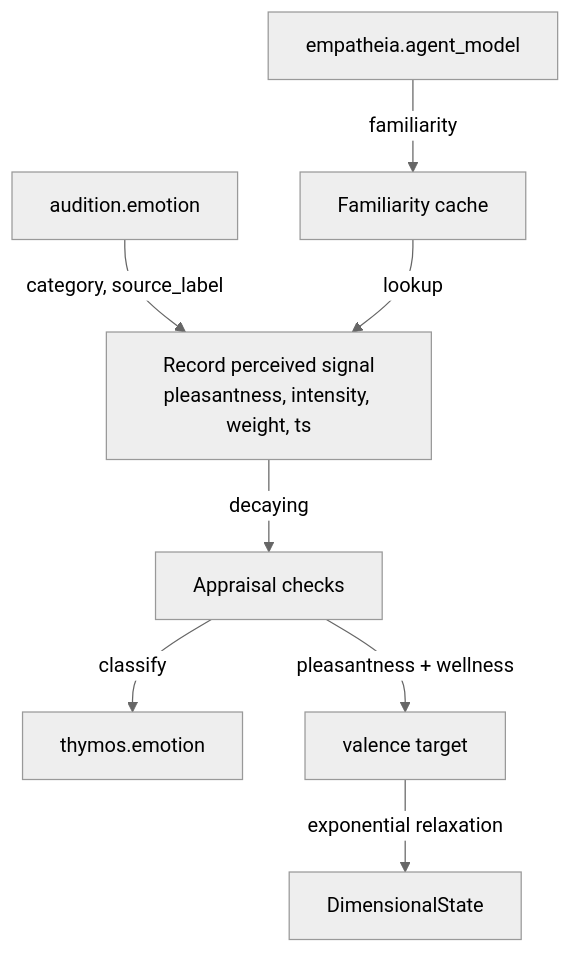
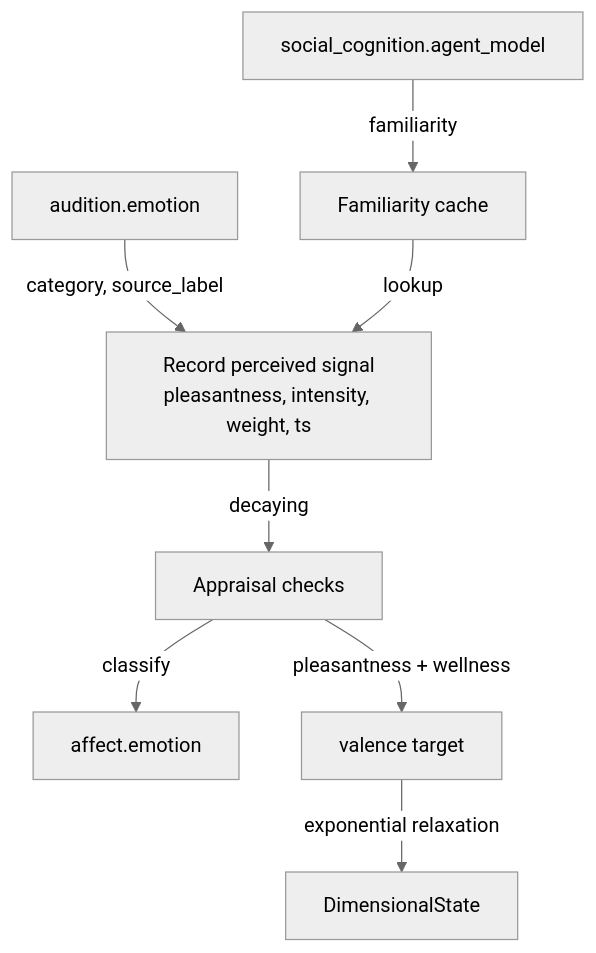
Before and after one commit to kaineone/kaine: the diagram in docs/09-modules/affect.md, drawn with Mermaid (neutral theme). The commit also changed other lines of this file and 967 other files, not shown here.

````diff
--- a/docs/09-modules/affect.md
+++ b/docs/09-modules/affect.md
@@ -190,10 +190,10 @@
 ```mermaid
 flowchart TD
     AE[audition.emotion] -->|category, source_label| R[Record perceived signal\npleasantness, intensity, weight, ts]
-    EM[empatheia.agent_model] -->|familiarity| FC[Familiarity cache]
+    EM[social_cognition.agent_model] -->|familiarity| FC[Familiarity cache]
     FC -->|lookup| R
     R -->|decaying| AP[Appraisal checks]
-    AP -->|classify| EMO[thymos.emotion]
+    AP -->|classify| EMO[affect.emotion]
     AP -->|pleasantness + wellness| VT[valence target]
     VT -->|exponential relaxation| S[DimensionalState]
 ```
````
